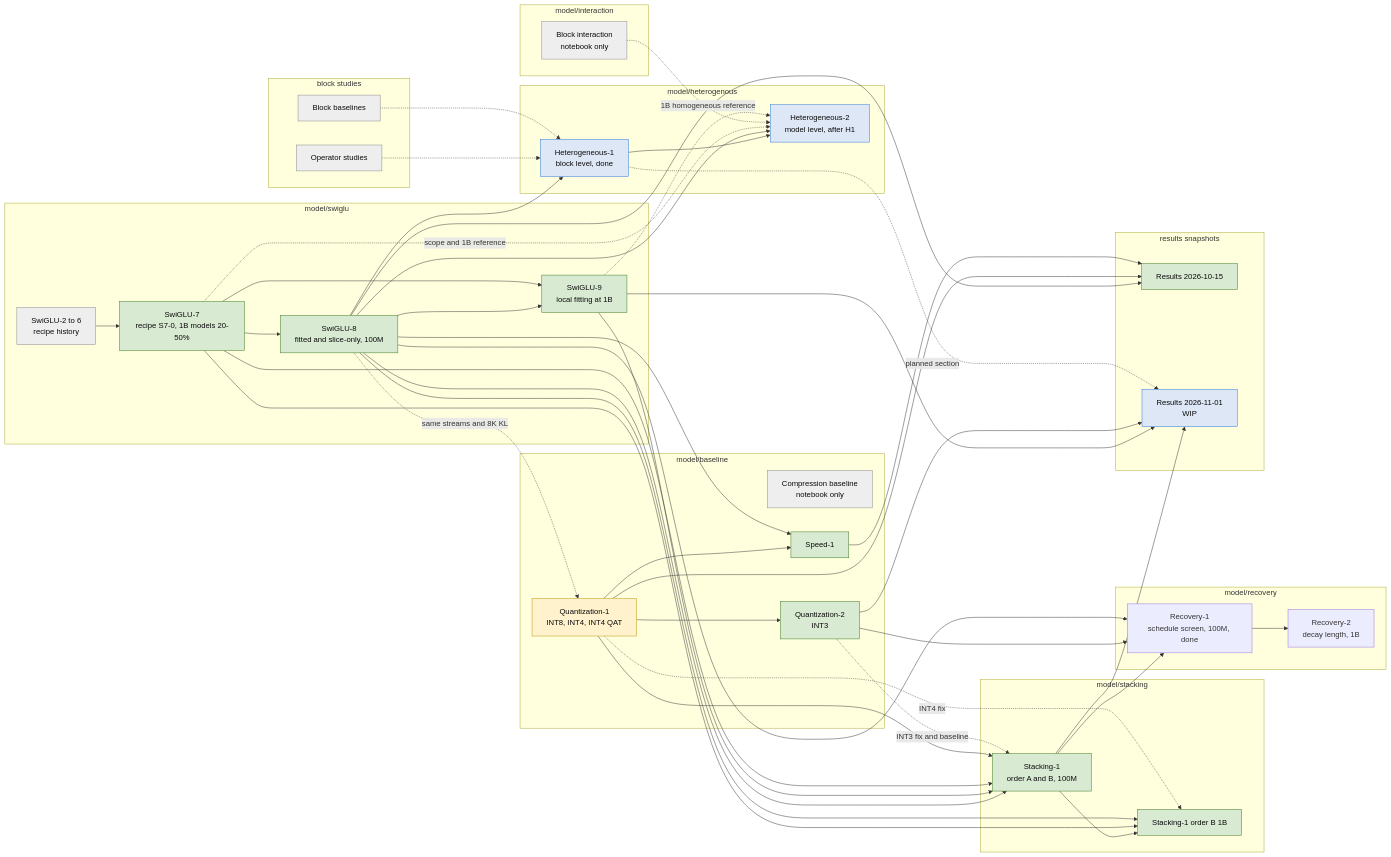
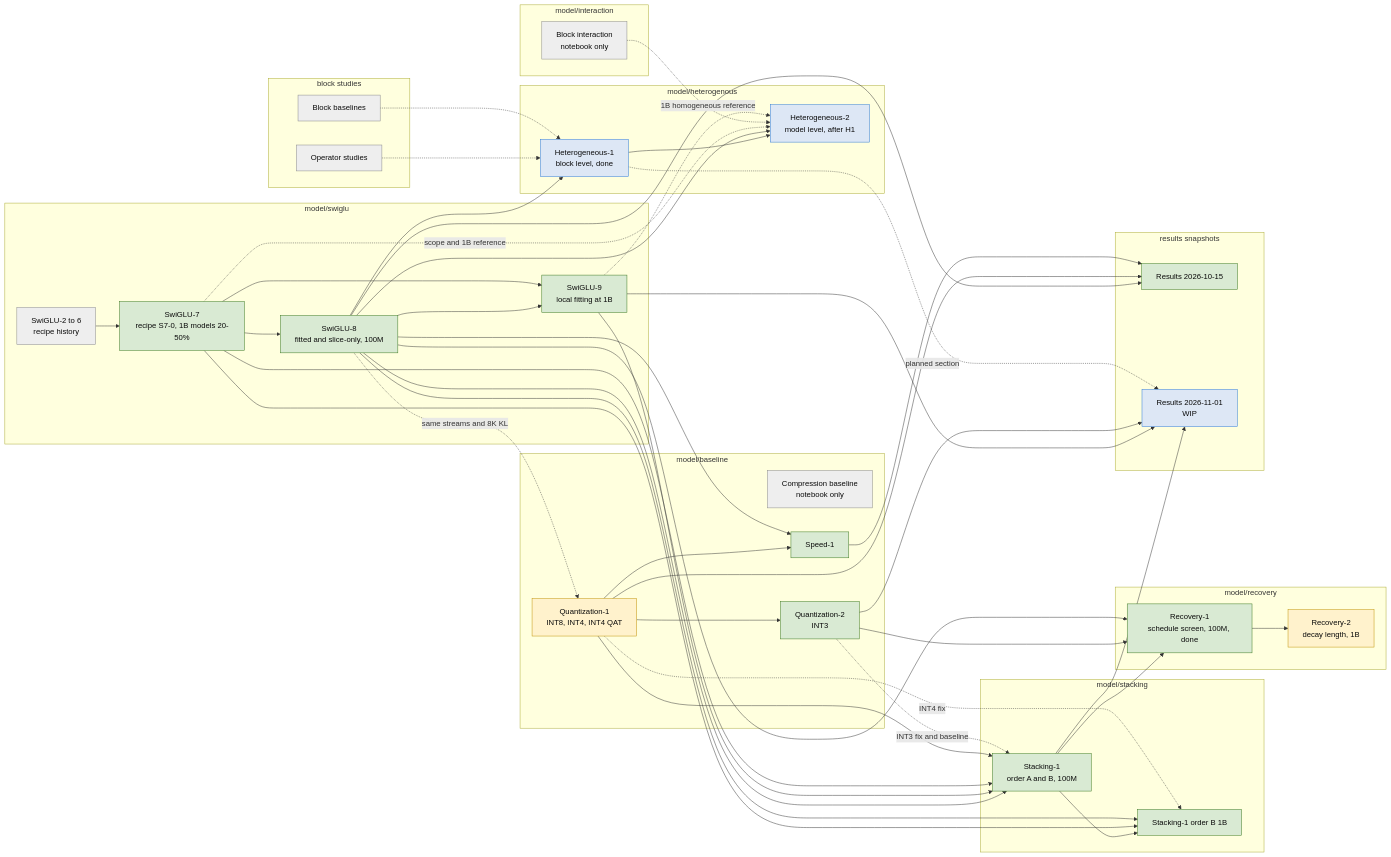
Before and after one commit to Sammuel21/diploma-thesis-block-replacement: the second of 2 diagrams in docs/experiments/dependencies.md, drawn with Mermaid. The commit also changed other lines of this file and 5 other files, not shown here.

````diff
--- a/docs/experiments/dependencies.md
+++ b/docs/experiments/dependencies.md
@@ -33,77 +33,77 @@
 ```mermaid
 flowchart LR
   classDef done fill:#d9ead3,stroke:#38761d,color:#0b0b0b
   classDef running fill:#fff2cc,stroke:#bf9000,color:#0b0b0b
   classDef planned fill:#dde7f5,stroke:#2a78d6,color:#0b0b0b
   classDef historical fill:#eeeeee,stroke:#888888,color:#0b0b0b
 
   subgraph block[block studies]
     BB[Block baselines]
     BO[Operator studies]
   end
   subgraph swiglu[model/swiglu]
     S26[SwiGLU-2 to 6<br/>recipe history] --> S7[SwiGLU-7<br/>recipe S7-0, 1B models 20-50%]
     S7 --> S8[SwiGLU-8<br/>fitted and slice-only, 100M]
     S8 --> S9[SwiGLU-9<br/>local fitting at 1B]
     S7 --> S9
   end
   subgraph baseline[model/baseline]
     CB[Compression baseline<br/>notebook only]
     Q1[Quantization-1<br/>INT8, INT4, INT4 QAT]
     Q2[Quantization-2<br/>INT3]
     SP1[Speed-1]
     Q1 --> Q2
   end
   subgraph stacking[model/stacking]
     ST1[Stacking-1<br/>order A and B, 100M]
     ST1B[Stacking-1 order B 1B]
     ST1 --> ST1B
   end
   subgraph interaction[model/interaction]
     BI[Block interaction<br/>notebook only]
   end
   subgraph hetero[model/heterogenous]
     H1[Heterogeneous-1<br/>block level, done] --> H2[Heterogeneous-2<br/>model level, after H1]
   end
   subgraph recovery[model/recovery]
     RC1[Recovery-1<br/>schedule screen, 100M, done] --> RC2[Recovery-2<br/>decay length, 1B]
   end
   Q2 --> RC1
   ST1 --> RC1
   S8 --> RC1
   subgraph reports[results snapshots]
     R1[Results 2026-10-15]
     R2[Results 2026-11-01<br/>WIP]
   end
 
   S8 -. same streams and 8K KL .-> Q1
   S8 --> ST1
   S9 --> ST1
   S7 --> ST1
   Q1 --> ST1
   Q2 -. INT3 fix and baseline .-> ST1
   S7 --> ST1B
   S8 --> ST1B
   Q1 -. INT4 fix .-> ST1B
   Q1 --> SP1
   S8 --> SP1
   BO -.-> H1
   BB -.-> H1
   S8 --> H1
   S8 --> H2
   S7 -. scope and 1B reference .-> H2
   BI -.-> H2
   S9 -. 1B homogeneous reference .-> H2
   S8 --> R1
   Q1 --> R1
   SP1 --> R1
   S9 --> R2
   ST1 --> R2
   Q2 --> R2
   H1 -. planned section .-> R2
 
-  class S7,S8,S9,Q2,SP1,R1,ST1,ST1B done
-  class Q1 running
+  class S7,S8,S9,Q2,SP1,R1,ST1,ST1B,RC1 done
+  class Q1,RC2 running
   class H1,H2,R2 planned
   class S26,BB,BO,CB,BI historical
 ```
````
